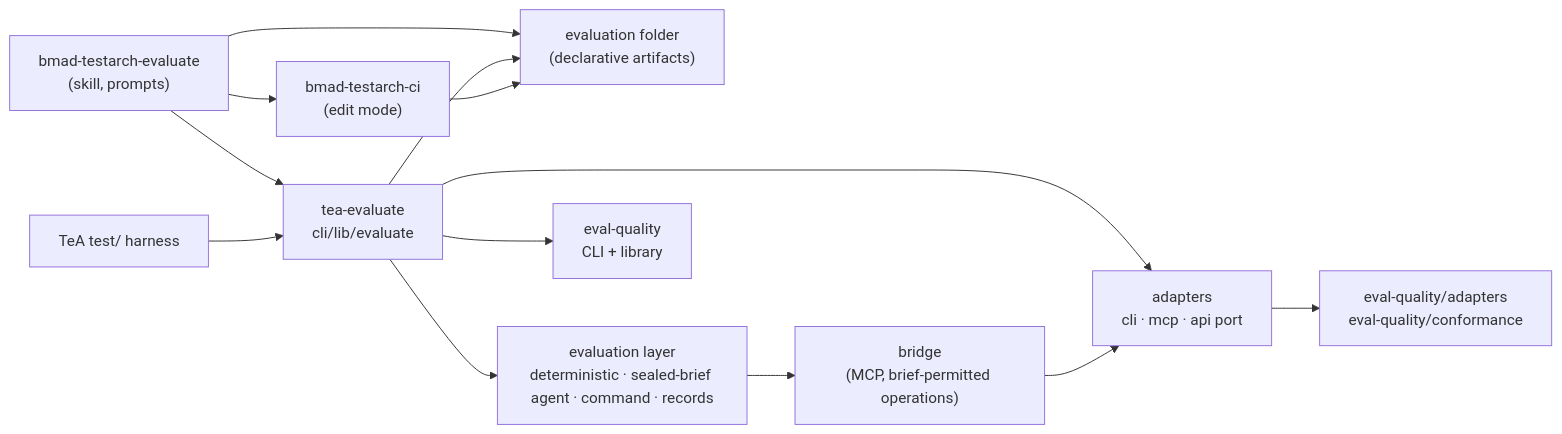
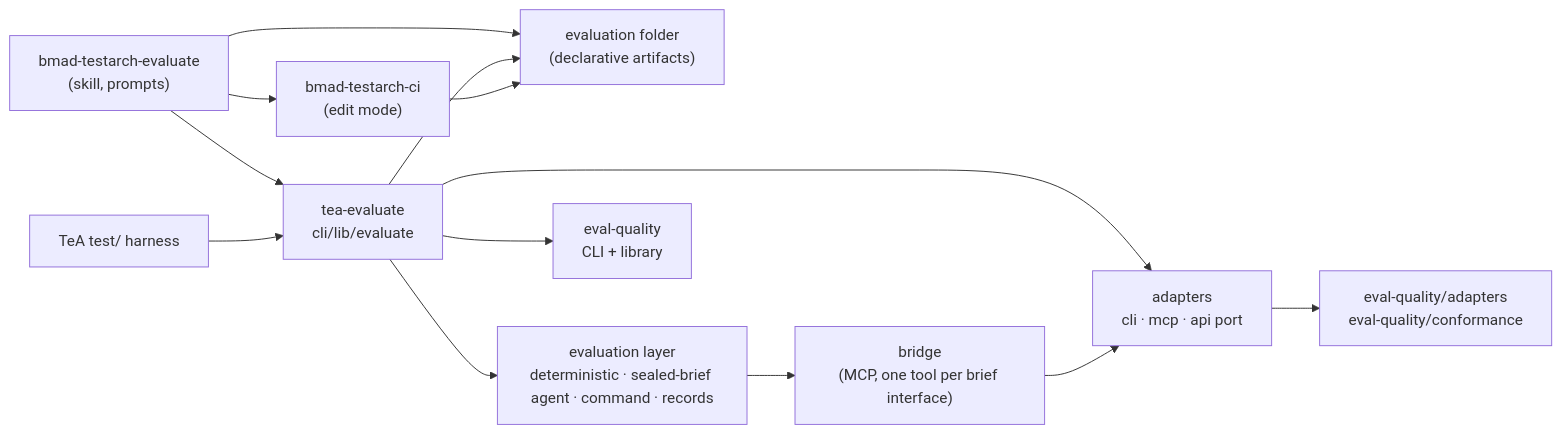
One commit to bmad-code-org/bmad-method-test-architecture-enterprise changed the first of 2 diagrams in _bmad-output/planning-artifacts/evaluate/ARCHITECTURE-SPINE.md. Above: the diagram before and after it, drawn with Mermaid. The commit also changed other lines of this file and 6 other files, not shown here.

````diff
--- a/_bmad-output/planning-artifacts/evaluate/ARCHITECTURE-SPINE.md
+++ b/_bmad-output/planning-artifacts/evaluate/ARCHITECTURE-SPINE.md
@@ -28,15 +28,15 @@
 ```mermaid
 flowchart LR
   skill["bmad-testarch-evaluate<br/>(skill, prompts)"] --> artifacts["evaluation folder<br/>(declarative artifacts)"]
   skill --> runtime["tea-evaluate<br/>cli/lib/evaluate"]
   skill --> ciSkill["bmad-testarch-ci<br/>(edit mode)"]
   runtime --> artifacts
   runtime --> adapters["adapters<br/>cli · mcp · api port"]
   runtime --> evaluators["evaluation layer<br/>deterministic · sealed-brief agent · command · records"]
-  evaluators --> bridge["bridge<br/>(MCP, brief-permitted operations)"]
+  evaluators --> bridge["bridge<br/>(MCP, one tool per brief interface)"]
   bridge --> adapters
   runtime --> engine["eval-quality<br/>CLI + library"]
   adapters --> engineTypes["eval-quality/adapters<br/>eval-quality/conformance"]
   harness["TeA test/ harness"] --> runtime
   ciSkill --> artifacts
 ```
````
